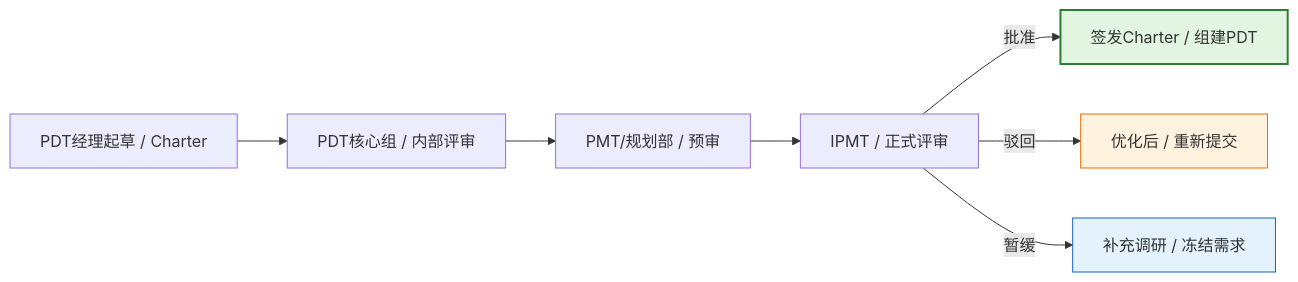
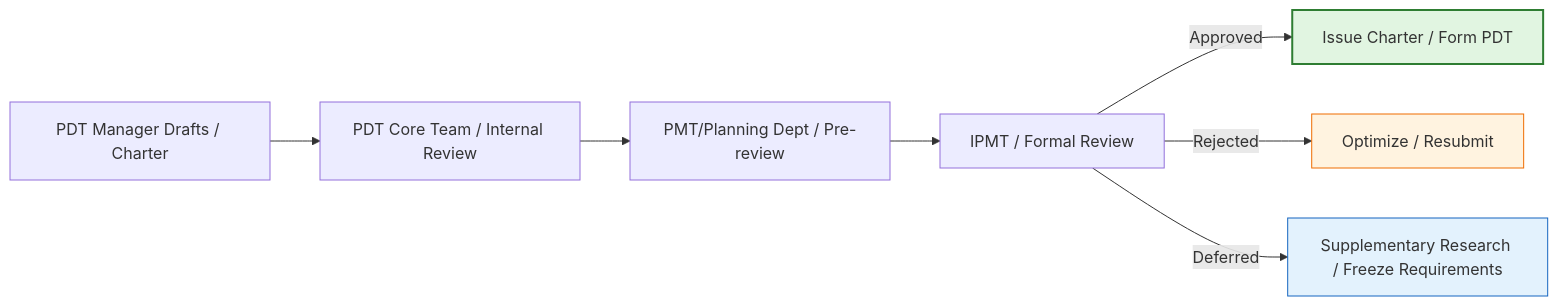
One commit to Kirky-X/cangjie changed diagram 11 of 11 in templates/产品/战略层/【模板】项目任务书.md. Above: the diagram before and after it, drawn with Mermaid. The commit also changed other lines of this file and 12 other files, not shown here.

````diff
--- a/templates/产品/战略层/【模板】项目任务书.md
+++ b/templates/产品/战略层/【模板】项目任务书.md
@@ -574,13 +574,13 @@
 ```mermaid
 flowchart LR
-    A[PDT经理起草 / Charter] --> B[PDT核心组 / 内部评审]
-    B --> C[PMT/规划部 / 预审]
-    C --> D[IPMT / 正式评审]
-    D -->|批准| E[签发Charter / 组建PDT]
-    D -->|驳回| F[优化后 / 重新提交]
-    D -->|暂缓| G[补充调研 / 冻结需求]
+    A[PDT Manager Drafts / Charter] --> B[PDT Core Team / Internal Review]
+    B --> C[PMT/Planning Dept / Pre-review]
+    C --> D[IPMT / Formal Review]
+    D -->|Approved| E[Issue Charter / Form PDT]
+    D -->|Rejected| F[Optimize / Resubmit]
+    D -->|Deferred| G[Supplementary Research / Freeze Requirements]
 
     style E fill:#e1f5e1,stroke:#2e7d32,stroke-width:2px
     style F fill:#fff3e0,stroke:#ef6c00
     style G fill:#e3f2fd,stroke:#1565c0
 ```
````
